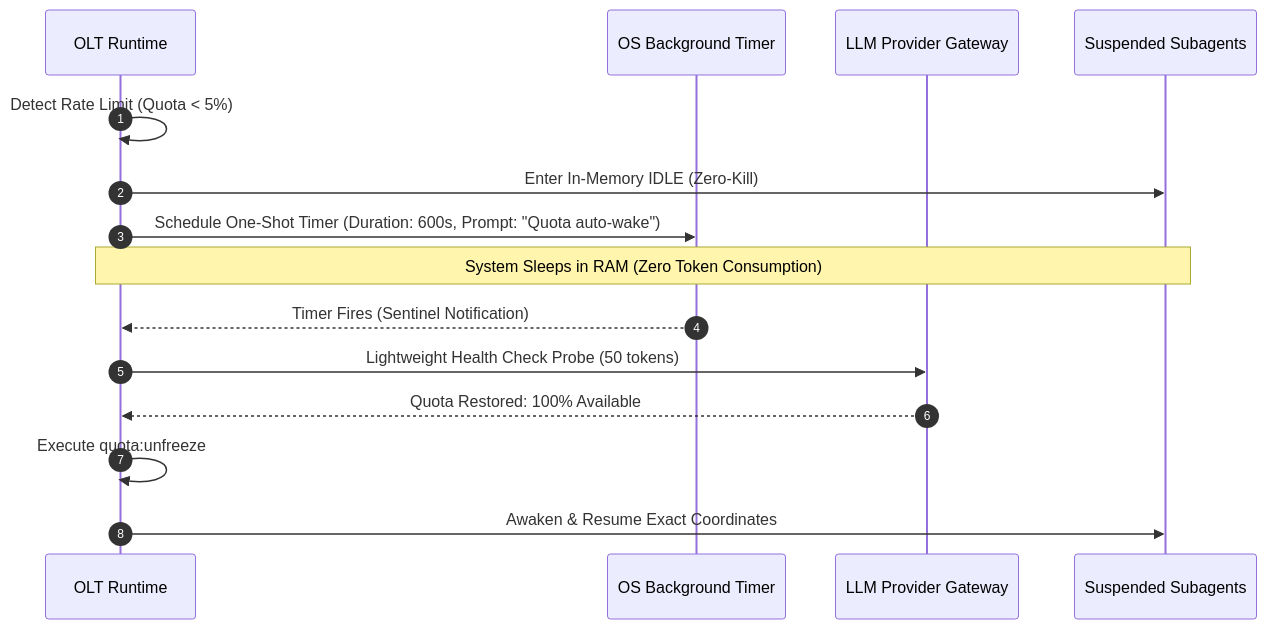
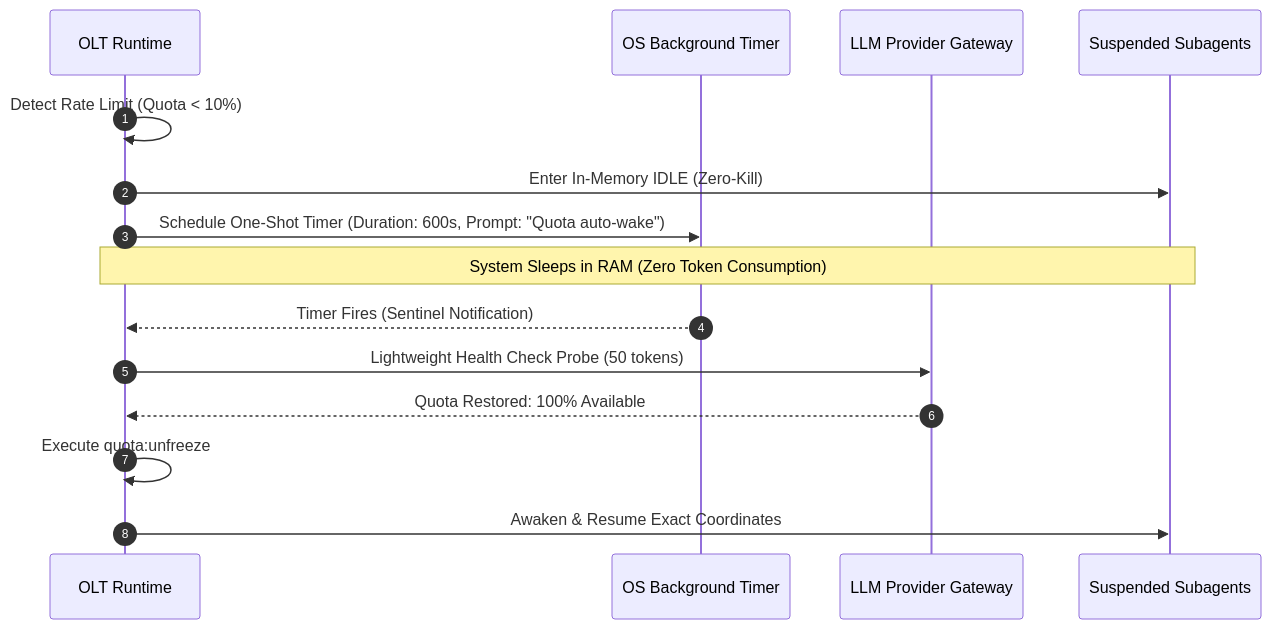
One commit to onurseckin/skills changed the diagram in docs/olt/architecture/quota-freeze-auto-wake.md. Above: the diagram before and after it, drawn with Mermaid. The commit also changed other lines of this file and 41 other files, not shown here.

````diff
--- a/docs/olt/architecture/quota-freeze-auto-wake.md
+++ b/docs/olt/architecture/quota-freeze-auto-wake.md
@@ -184,18 +184,18 @@
 ```mermaid
 sequenceDiagram
     autonumber
     participant Runtime as OLT Runtime
     participant OS as OS Background Timer
     participant API as LLM Provider Gateway
     participant Sub as Suspended Subagents
 
-    Runtime->>Runtime: Detect Rate Limit (Quota < 5%)
+    Runtime->>Runtime: Detect Rate Limit (Quota < 10%)
     Runtime->>Sub: Enter In-Memory IDLE (Zero-Kill)
     Runtime->>OS: Schedule One-Shot Timer (Duration: 600s, Prompt: "Quota auto-wake")
     Note over Runtime,Sub: System Sleeps in RAM (Zero Token Consumption)
     OS-->>Runtime: Timer Fires (Sentinel Notification)
     Runtime->>API: Lightweight Health Check Probe (50 tokens)
     API-->>Runtime: Quota Restored: 100% Available
     Runtime->>Runtime: Execute quota:unfreeze
     Runtime->>Sub: Awaken & Resume Exact Coordinates
 ```
````
